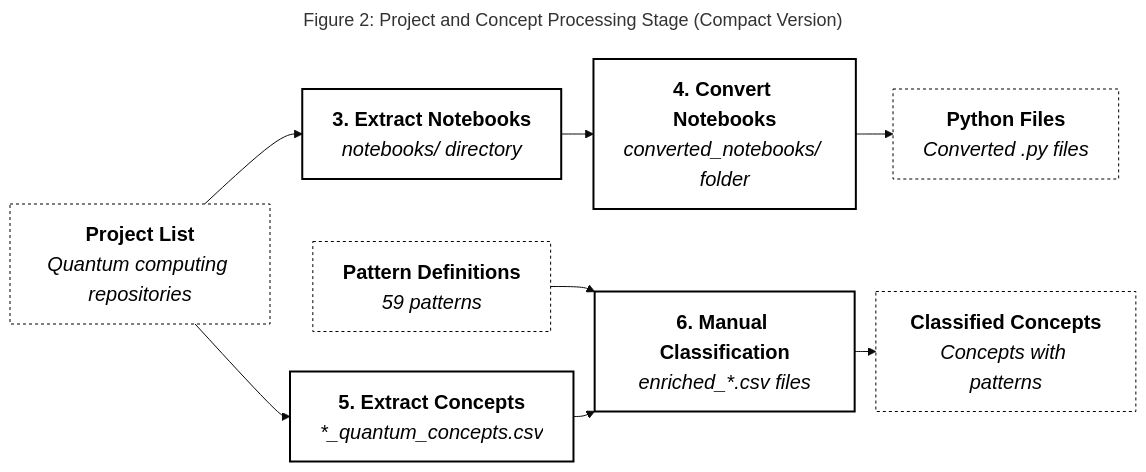
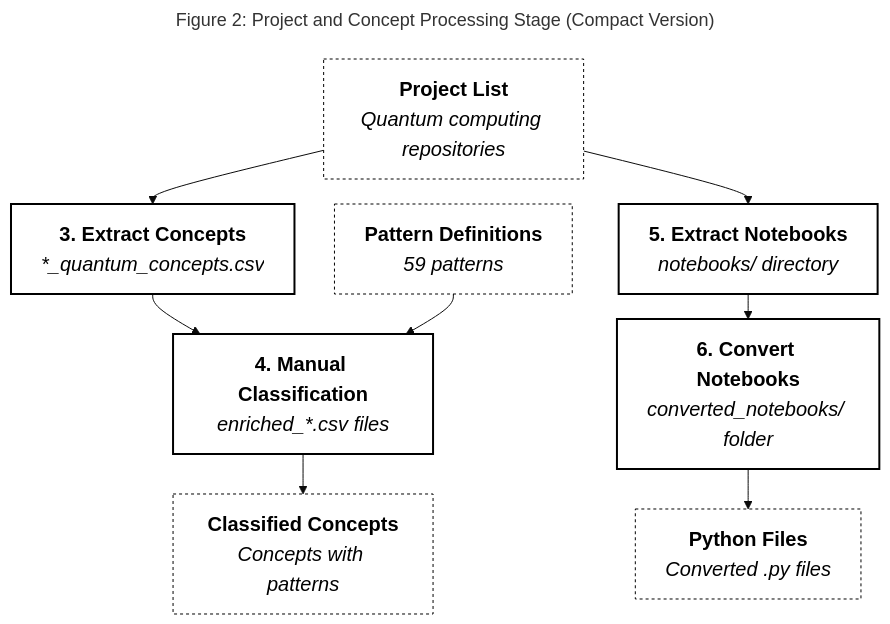
Before and after one commit to ramalhoneilson/qpa: the diagram in docs/diagram2.mermaid, drawn with Mermaid (base theme). The commit also changed 1 other file, not shown here.

Commit message:
Adjust diagrams

```diff
--- a/docs/diagram2.mermaid
+++ b/docs/diagram2.mermaid
@@ -1,36 +1,40 @@
 ---
 title: 'Figure 2: Project and Concept Processing Stage (Compact Version)'
 ---
-%%{init: {'flowchart': {'nodeSpacing': 40, 'rankSpacing': 20}}}%%
-%% nodeSpacing controls horizontal space between nodes
-%% rankSpacing controls vertical space between ranks
+%%{init: {'flowchart': {'nodeSpacing': 40, 'rankSpacing': 25}}}%%
 
-graph LR
+graph TD
 %% Input Data Artifacts from Previous Stage
     B1[<strong>Project List</strong><br/><i>Quantum computing repositories</i>]
     A1[<strong>Pattern Definitions</strong><br/><i>59 patterns</i>]
 
 %% Processing Steps
-    C[<strong>3. Extract Notebooks</strong><br/><i>notebooks/ directory</i>]
-    D[<strong>4. Convert Notebooks</strong><br/><i>converted_notebooks/ folder</i>]
-    E[<strong>5. Extract Concepts</strong><br/><i>*_quantum_concepts.csv</i>]
-    F[<strong>6. Manual Classification</strong><br/><i>enriched_*.csv files</i>]
+    C[<strong>3. Extract Concepts</strong><br/><i>*_quantum_concepts.csv</i>]
+    D[<strong>4. Manual Classification</strong><br/><i>enriched_*.csv files</i>]
+    E[<strong>5. Extract Notebooks</strong><br/><i>notebooks/ directory</i>]
+    F[<strong>6. Convert Notebooks</strong><br/><i>converted_notebooks/ folder</i>]
+
 
 %% Intermediate & Final Data Artifacts of this stage
     D1[<strong>Python Files</strong><br/><i>Converted .py files</i>]
     F1[<strong>Classified Concepts</strong><br/><i>Concepts with patterns</i>]
 
-%% Connections
-    B1 --> C --> D --> D1
-    A1 --> F --> F1
+%% --- CORRECTED CONNECTIONS ---
+%% Concept Processing Workflow
+    B1 --> C --> D
+    A1 --> D
+    D --> F1
+
+%% Notebook Processing Workflow
     B1 --> E --> F
+    F --> D1
+%% --------------------------
 
 
 %% Styling with larger fonts
-%% Font sizes have been increased for better readability within a column.
     classDef process fill:white,color:black,stroke:black,stroke-width:2px,font-size:20px
     classDef data fill:white,color:black,stroke:black,stroke-width:1px,stroke-dasharray: 3 3,font-size:20px
 
 %% Apply styles
     class B1,A1,D1,F1 data
     class C,D,E,F process
```
